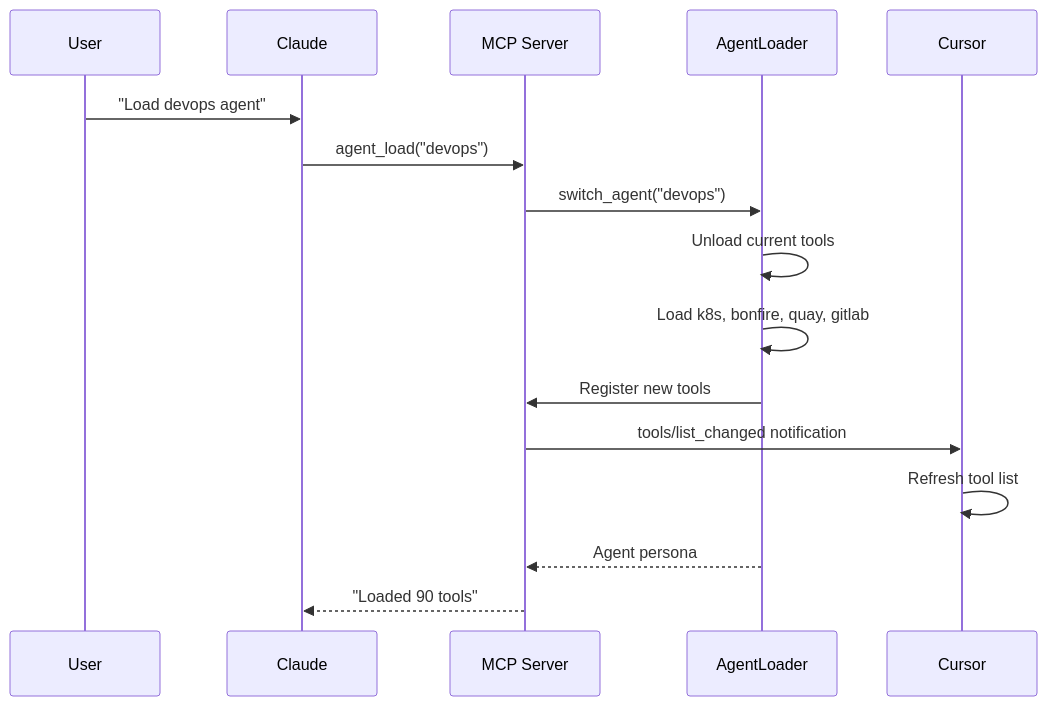
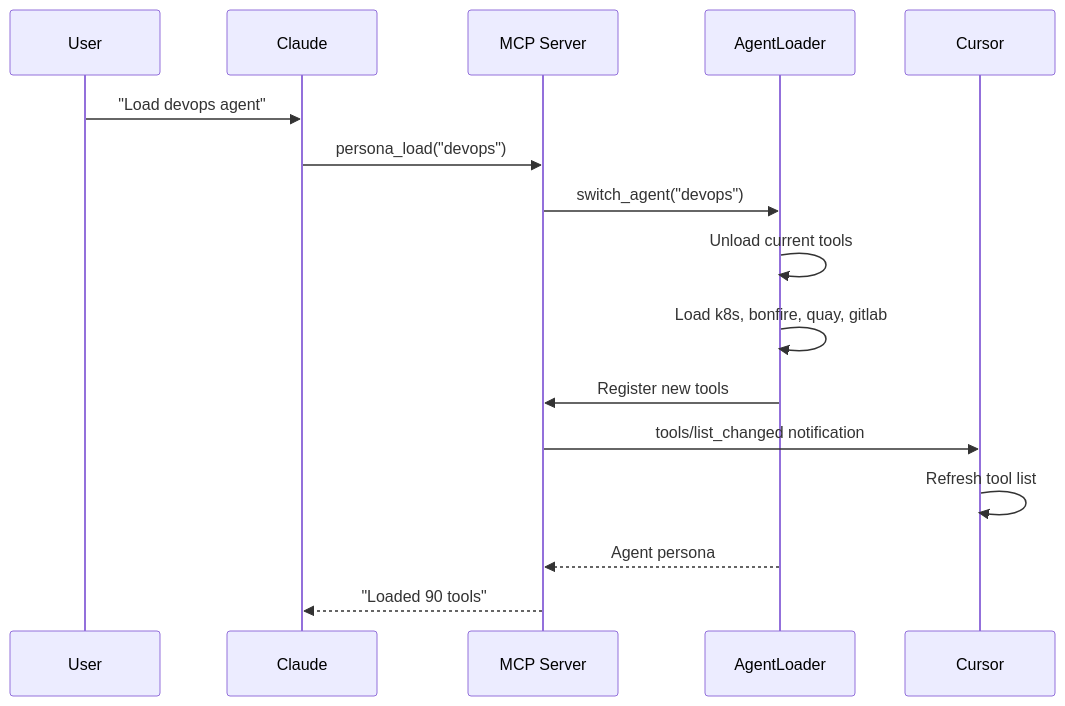
One commit to dmzoneill/redhat-ai-workflow changed the second of 3 diagrams in docs/architecture/README.md. Above: the diagram before and after it, drawn with Mermaid. The commit also changed other lines of this file and 2433 other files, not shown here.

````diff
--- a/docs/architecture/README.md
+++ b/docs/architecture/README.md
@@ -75,19 +86,19 @@
 ```mermaid
 sequenceDiagram
     participant User
     participant Claude
     participant MCP as MCP Server
     participant Loader as AgentLoader
     participant Cursor
 
     User->>Claude: "Load devops agent"
-    Claude->>MCP: agent_load("devops")
+    Claude->>MCP: persona_load("devops")
     MCP->>Loader: switch_agent("devops")
     Loader->>Loader: Unload current tools
     Loader->>Loader: Load k8s, bonfire, quay, gitlab
     Loader->>MCP: Register new tools
     MCP->>Cursor: tools/list_changed notification
     Cursor->>Cursor: Refresh tool list
     Loader-->>MCP: Agent persona
     MCP-->>Claude: "Loaded 90 tools"
 ```
````
